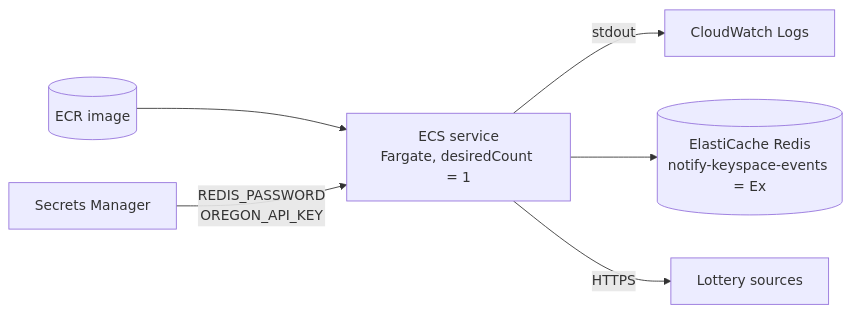
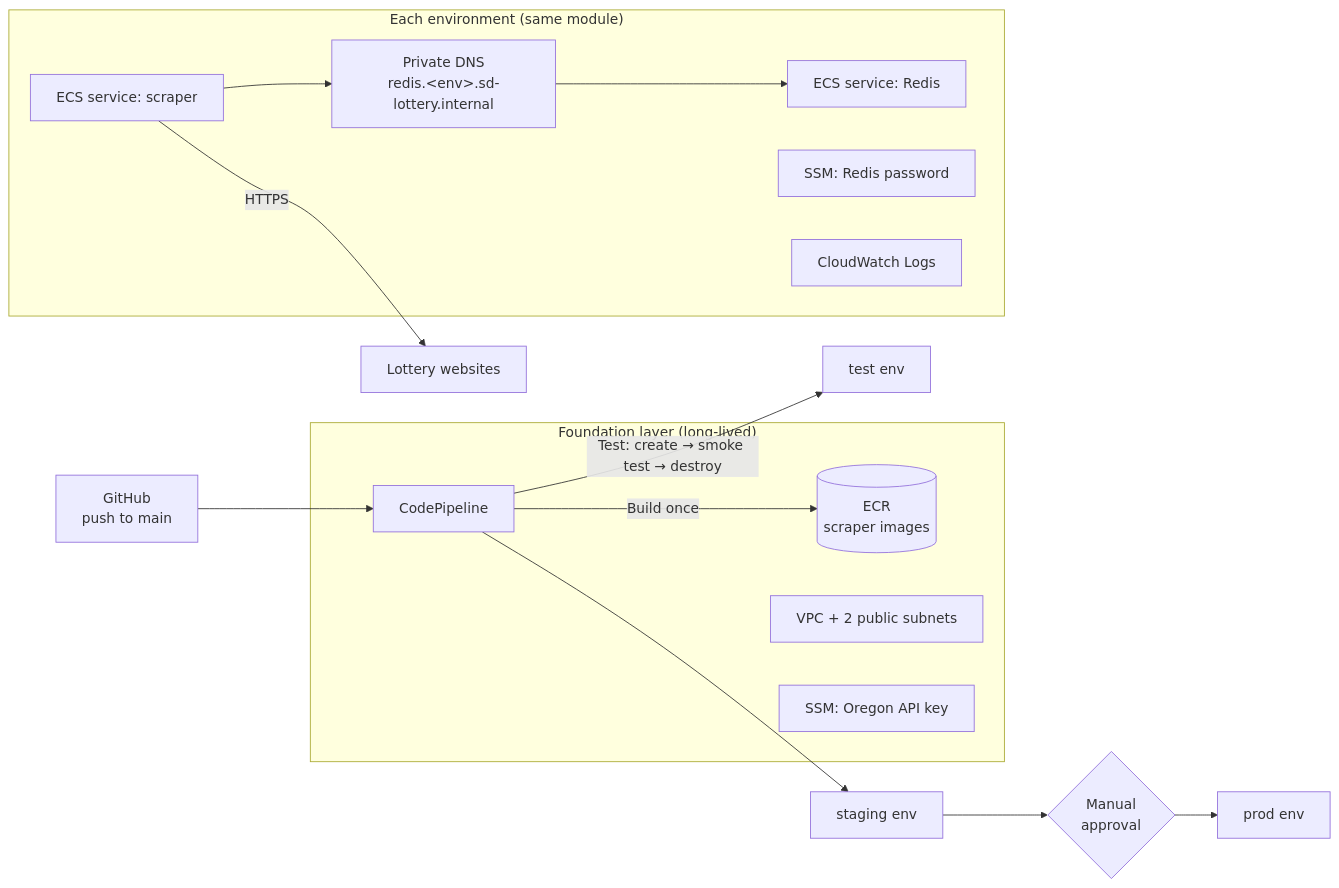
Before and after one commit to jchoisu-dev/ks-demo-3: the diagram in README.md, drawn with Mermaid. The commit also changed other lines of this file and 8 other files, not shown here.

````diff
--- a/README.md
+++ b/README.md
@@ -148,8 +32,28 @@
 ```mermaid
 flowchart LR
-    ECR[(ECR image)] --> T[ECS service<br/>Fargate, desiredCount = 1]
-    T -->|stdout| CW[CloudWatch Logs]
-    T --> EC[(ElastiCache Redis<br/>notify-keyspace-events = Ex)]
-    SM[Secrets Manager] -->|REDIS_PASSWORD<br/>OREGON_API_KEY| T
-    T -->|HTTPS| SRC[Lottery sources]
+    GH[GitHub<br/>push to main] --> CP
+
+    subgraph Foundation["Foundation layer (long-lived)"]
+        CP[CodePipeline]
+        ECR[(ECR<br/>scraper images)]
+        VPC[VPC + 2 public subnets]
+        SSM1[SSM: Oregon API key]
+    end
+
+    CP -->|Build once| ECR
+    CP -->|Test: create → smoke test → destroy| T[test env]
+    CP --> S[staging env]
+    S --> A{Manual<br/>approval}
+    A --> P[prod env]
+
+    subgraph Env["Each environment (same module)"]
+        R[ECS service: Redis]
+        SC[ECS service: scraper]
+        DNS[Private DNS<br/>redis.&lt;env&gt;.sd-lottery.internal]
+        SSM2[SSM: Redis password]
+        CW[CloudWatch Logs]
+    end
+
+    SC --> DNS --> R
+    SC -->|HTTPS| SRC[Lottery websites]
 ```
````
